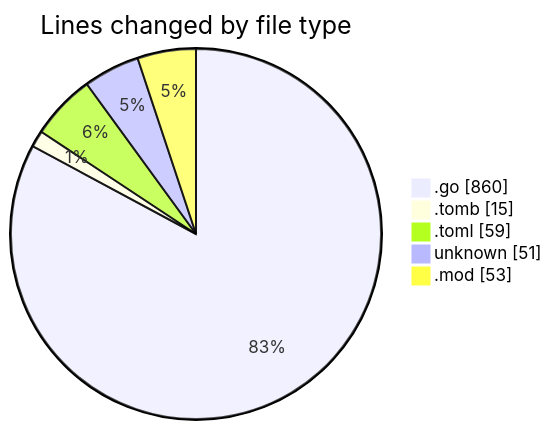
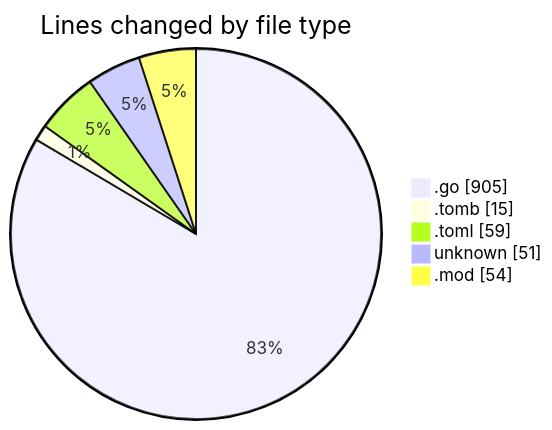
One commit to Ritupan-Deka/code-tracking changed the first of 2 diagrams in 2025-10-31/backend/README.md. Above: the diagram before and after it, drawn with Mermaid. The commit also changed other lines of this file and 1 other file, not shown here.

````diff
--- a/2025-10-31/backend/README.md
+++ b/2025-10-31/backend/README.md
@@ -29,9 +29,9 @@
 ```mermaid
 pie showData
 title Lines changed by file type
-".go" : 860
+".go" : 905
 ".tomb" : 15
 ".toml" : 59
 "unknown" : 51
-".mod" : 53
+".mod" : 54
 ```
````
